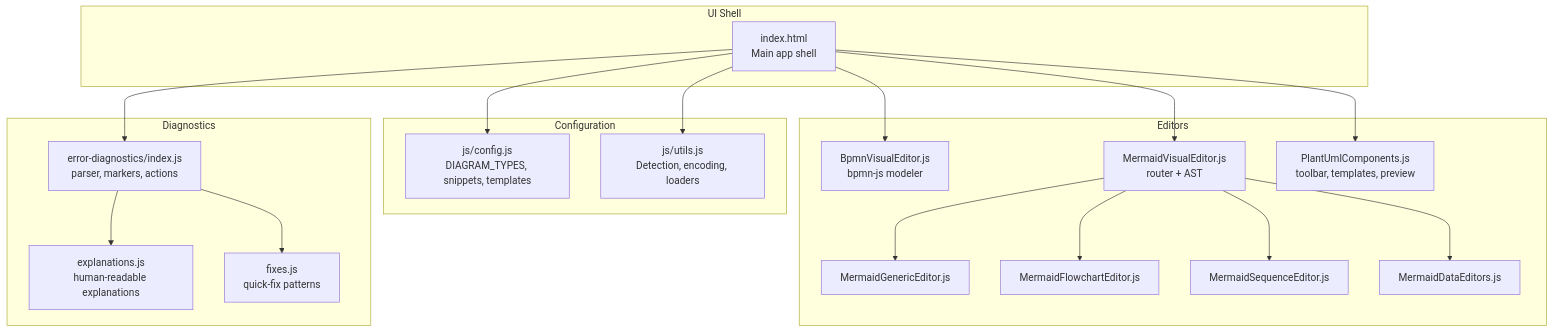
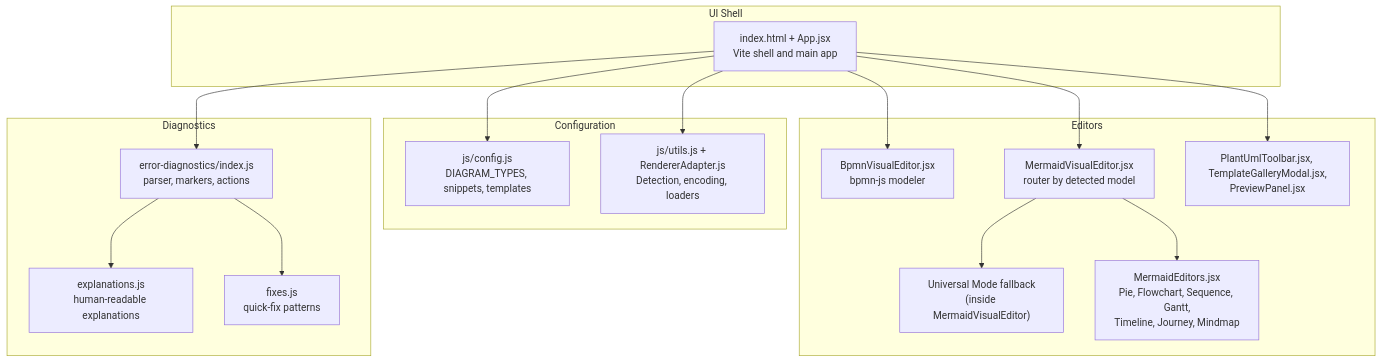
One commit to ongchonghian/universal-diagram-editor changed the first of 7 diagrams in .qoder/repowiki/en/content/Diagram Types and Formats/Diagram Types and Formats.md. Above: the diagram before and after it, drawn with Mermaid. The commit also changed other lines of this file and 31 other files, not shown here.

````diff
--- a/.qoder/repowiki/en/content/Diagram Types and Formats/Diagram Types and Formats.md
+++ b/.qoder/repowiki/en/content/Diagram Types and Formats/Diagram Types and Formats.md
@@ -42,36 +41,32 @@
 ```mermaid
 graph TB
 subgraph "UI Shell"
-Root["index.html<br/>Main app shell"]
+Root["index.html + App.jsx<br/>Vite shell and main app"]
 end
 subgraph "Configuration"
 Config["js/config.js<br/>DIAGRAM_TYPES, snippets, templates"]
-Utils["js/utils.js<br/>Detection, encoding, loaders"]
+Utils["js/utils.js + RendererAdapter.js<br/>Detection, encoding, loaders"]
 end
 subgraph "Editors"
-BPMN["BpmnVisualEditor.js<br/>bpmn-js modeler"]
-Mermaid["MermaidVisualEditor.js<br/>router + AST"]
-MermaidGeneric["MermaidGenericEditor.js"]
-MermaidFlow["MermaidFlowchartEditor.js"]
-MermaidSeq["MermaidSequenceEditor.js"]
-MermaidData["MermaidDataEditors.js"]
-PlantUML["PlantUmlComponents.js<br/>toolbar, templates, preview"]
+BPMN["BpmnVisualEditor.jsx<br/>bpmn-js modeler"]
+Mermaid["MermaidVisualEditor.jsx<br/>router by detected model"]
+MermaidUniversal["Universal Mode fallback<br/>(inside MermaidVisualEditor)"]
+MermaidSub["MermaidEditors.jsx<br/>Pie, Flowchart, Sequence, Gantt,<br/>Timeline, Journey, Mindmap"]
+PlantUML["PlantUmlToolbar.jsx, TemplateGalleryModal.jsx,<br/>PreviewPanel.jsx"]
 end
 subgraph "Diagnostics"
 DiagCore["error-diagnostics/index.js<br/>parser, markers, actions"]
 DiagExplan["explanations.js<br/>human-readable explanations"]
 DiagFix["fixes.js<br/>quick-fix patterns"]
 end
 Root --> Config
 Root --> Utils
 Root --> BPMN
 Root --> Mermaid
-Mermaid --> MermaidGeneric
-Mermaid --> MermaidFlow
-Mermaid --> MermaidSeq
-Mermaid --> MermaidData
+Mermaid --> MermaidUniversal
+Mermaid --> MermaidSub
 Root --> PlantUML
 Root --> DiagCore
 DiagCore --> DiagExplan
 DiagCore --> DiagFix
 ```
````
